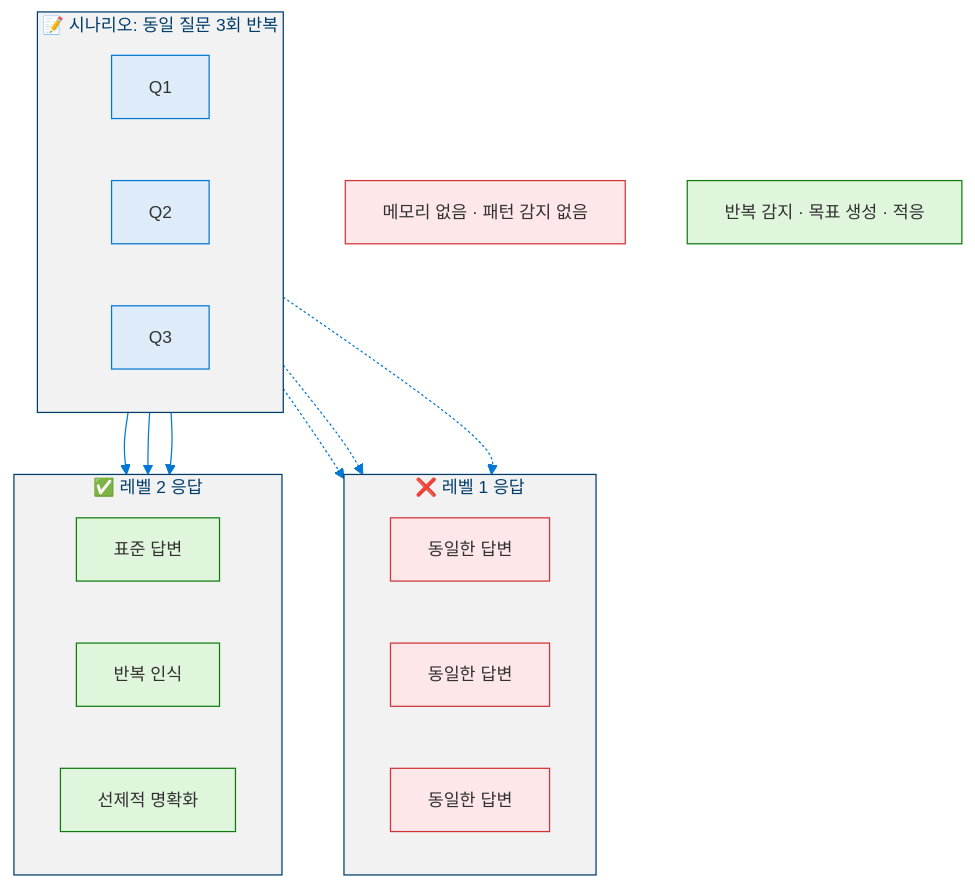
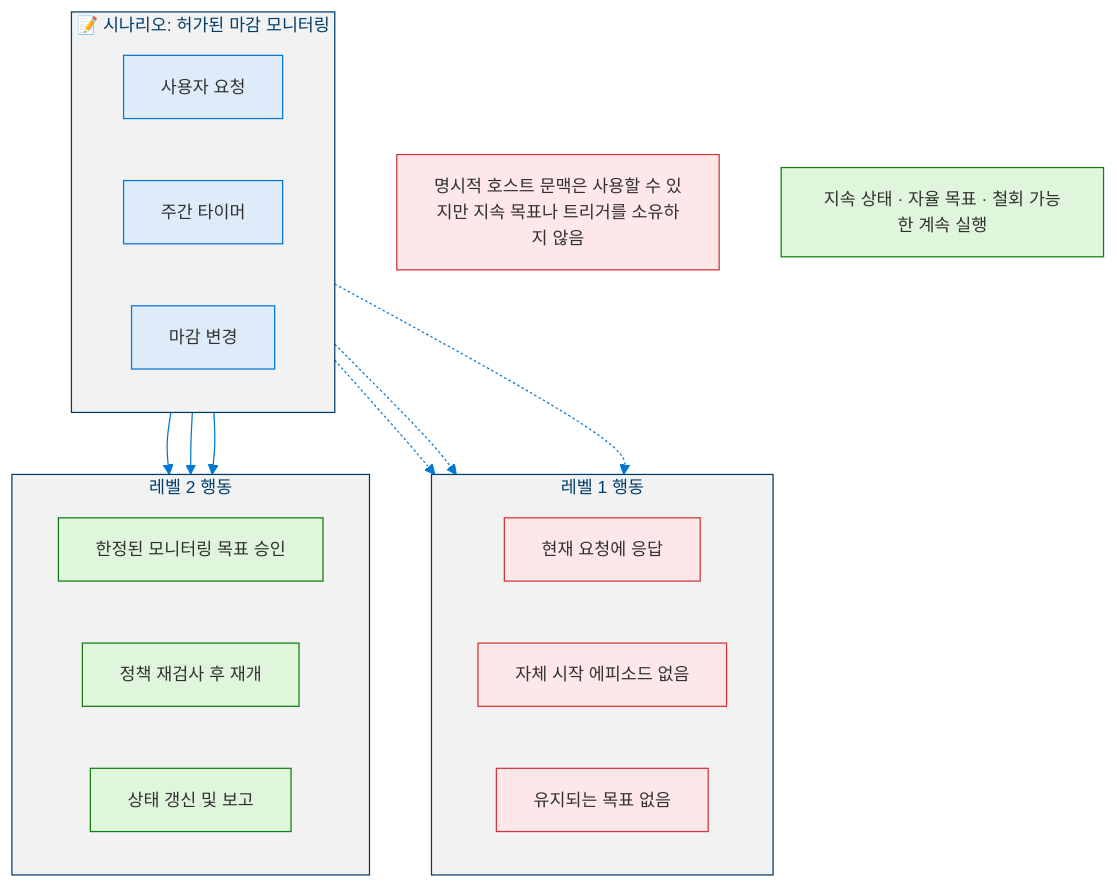
One commit to dotnetpower/mscp changed the sixth of 8 diagrams in docs/levels/Level_2_Autonomous_Agent.ko.md. Above: the diagram before and after it, drawn with Mermaid. The commit also changed other lines of this file and 21 other files, not shown here.

````diff
--- a/docs/levels/Level_2_Autonomous_Agent.ko.md
+++ b/docs/levels/Level_2_Autonomous_Agent.ko.md
@@ -668,40 +766,40 @@
 ```mermaid
 %%{init: {'theme': 'base', 'themeVariables': {'primaryColor': '#0078D4', 'primaryTextColor': '#003D6B', 'primaryBorderColor': '#003D6B', 'secondaryColor': '#50E6FF', 'secondaryTextColor': '#323130', 'secondaryBorderColor': '#00BCF2', 'tertiaryColor': '#F2F2F2', 'tertiaryTextColor': '#323130', 'lineColor': '#0078D4', 'textColor': '#323130', 'mainBkg': '#DEECF9', 'nodeBorder': '#0078D4', 'clusterBkg': '#F2F2F2', 'clusterBorder': '#003D6B', 'titleColor': '#003D6B', 'edgeLabelBackground': '#FFFFFF', 'fontSize': '14px'}}}%%
 flowchart TD
   classDef perceptionLight fill:#DEECF9,stroke:#0078D4,color:#323130
   classDef dangerLight fill:#FDE7E9,stroke:#D13438,color:#323130
   classDef successLight fill:#DFF6DD,stroke:#107C10,color:#323130
 
-  subgraph Scenario["📝 시나리오: 동일 질문 3회 반복"]
+  subgraph Scenario["📝 시나리오: 허가된 마감 모니터링"]
     direction LR
-    Q1["Q1"]:::perceptionLight
-    Q2["Q2"]:::perceptionLight
-    Q3["Q3"]:::perceptionLight
+    Q1["사용자 요청"]:::perceptionLight
+    Q2["주간 타이머"]:::perceptionLight
+    Q3["마감 변경"]:::perceptionLight
   end
 
-  subgraph L1Response["❌ 레벨 1 응답"]
+  subgraph L1Response["레벨 1 행동"]
     direction LR
-    L1R1["동일한 답변"]:::dangerLight
-    L1R2["동일한 답변"]:::dangerLight
-    L1R3["동일한 답변"]:::dangerLight
+    L1R1["현재 요청에 응답"]:::dangerLight
+    L1R2["자체 시작 에피소드 없음"]:::dangerLight
+    L1R3["유지되는 목표 없음"]:::dangerLight
   end
 
-  L1Note["메모리 없음 · 패턴 감지 없음"]:::dangerLight
+  L1Note["명시적 호스트 문맥은 사용할 수 있지만 지속 목표나 트리거를 소유하지 않음"]:::dangerLight
 
-  subgraph L2Response["✅ 레벨 2 응답"]
+  subgraph L2Response["레벨 2 행동"]
     direction LR
-    L2R1["표준 답변"]:::successLight
-    L2R2["반복 인식"]:::successLight
-    L2R3["선제적 명확화"]:::successLight
+    L2R1["한정된 모니터링 목표 승인"]:::successLight
+    L2R2["정책 재검사 후 재개"]:::successLight
+    L2R3["상태 갱신 및 보고"]:::successLight
   end
 
-  L2Note["반복 감지 · 목표 생성 · 적응"]:::successLight
+  L2Note["지속 상태 · 자율 목표 · 철회 가능한 계속 실행"]:::successLight
 
   Q1 -.-> L1R1
   Q2 -.-> L1R2
   Q3 -.-> L1R3
 
   Q1 --> L2R1
   Q2 --> L2R2
   Q3 --> L2R3
 ```
````
